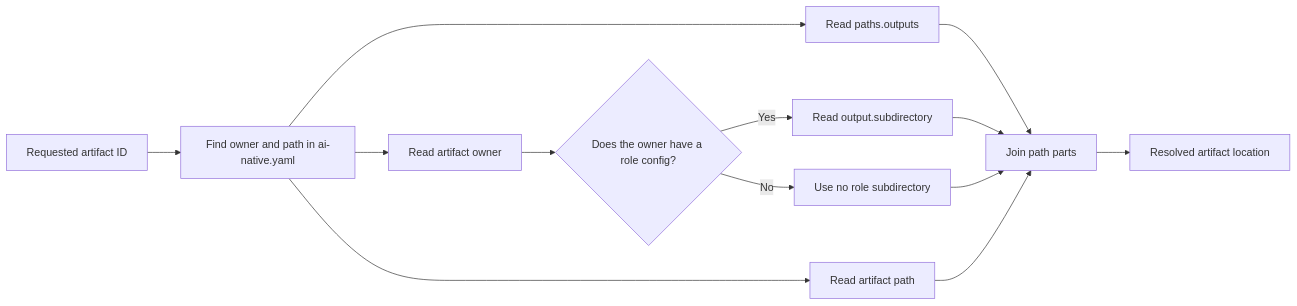
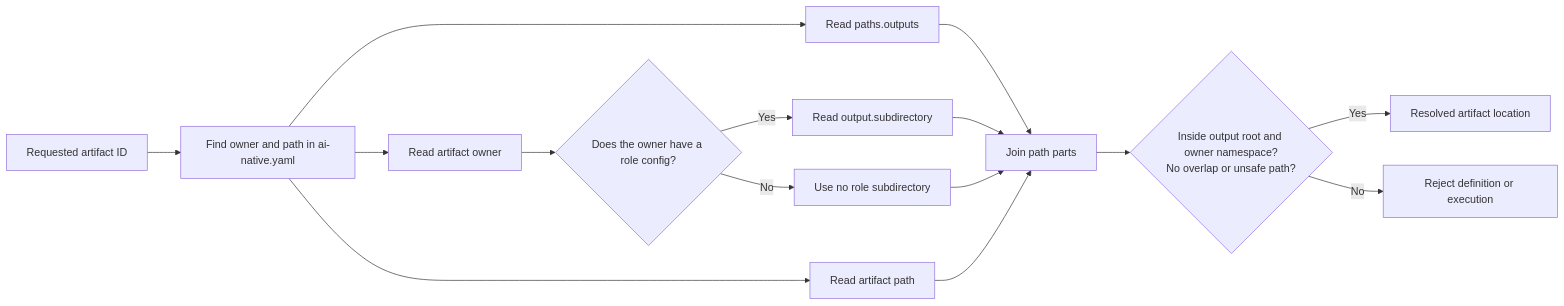
The diagram in guidelines/configuration/README.md (davych/agents-instruction), drawn with Mermaid before and after one commit. The commit also changed other lines of this file and 83 other files, not shown here.

````diff
--- a/guidelines/configuration/README.md
+++ b/guidelines/configuration/README.md
@@ -37,15 +45,17 @@
 ```mermaid
 flowchart LR
   ArtifactId["Requested artifact ID"] --> Registry["Find owner and path in ai-native.yaml"]
   Registry --> Root["Read paths.outputs"]
   Registry --> Owner["Read artifact owner"]
   Owner --> RoleConfig{"Does the owner have a role config?"}
   RoleConfig -->|"Yes"| Subdirectory["Read output.subdirectory"]
   RoleConfig -->|"No"| NoSubdirectory["Use no role subdirectory"]
   Registry --> ArtifactPath["Read artifact path"]
   Root --> Join["Join path parts"]
   Subdirectory --> Join
   NoSubdirectory --> Join
   ArtifactPath --> Join
-  Join --> Result["Resolved artifact location"]
+  Join --> Safety{"Inside output root and owner namespace?<br/>No overlap or unsafe path?"}
+  Safety -->|"Yes"| Result["Resolved artifact location"]
+  Safety -->|"No"| Reject["Reject definition or execution"]
 ```
````
